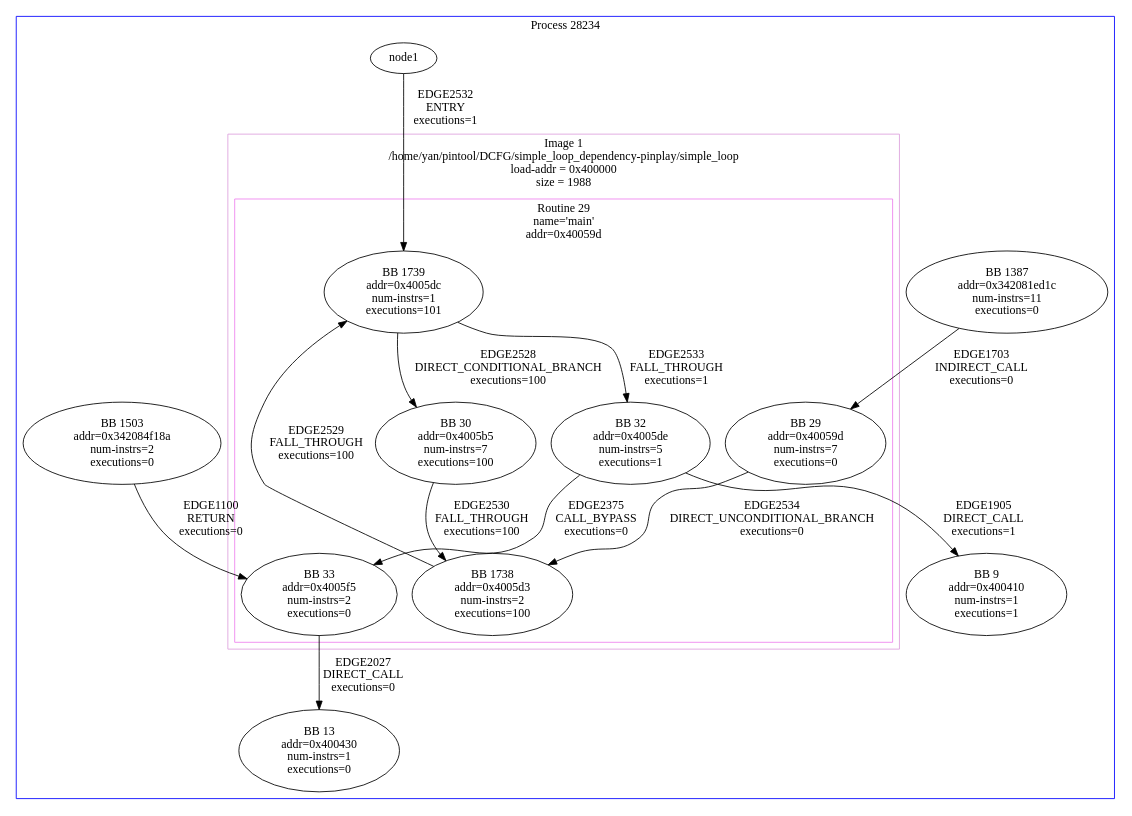
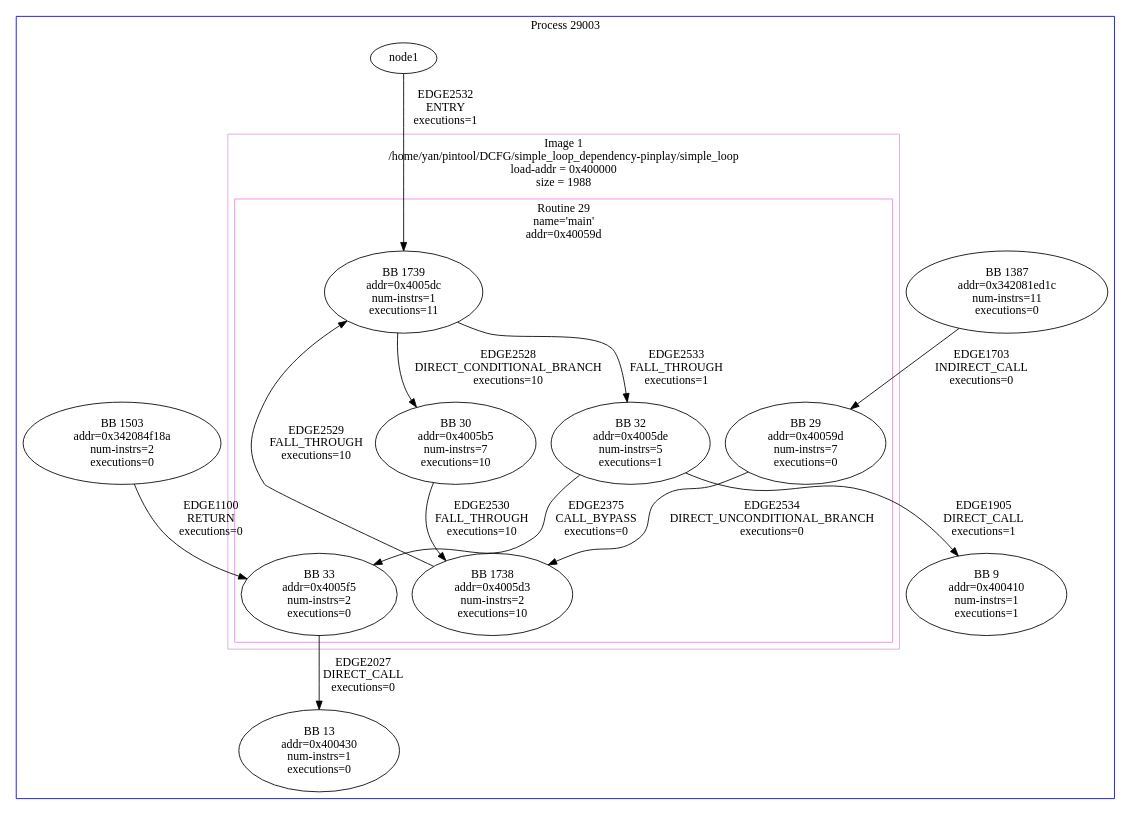
One commit to passlab/DCFG changed the diagram in simple_loop_dependency-pinplay/region.dcfg.dot. Above: the diagram before and after it, drawn with Graphviz. The commit also changed 42 other files, not shown here.

```diff
--- a/simple_loop_dependency-pinplay/region.dcfg.dot
+++ b/simple_loop_dependency-pinplay/region.dcfg.dot
@@ -1,48 +1,48 @@
 # This file is in the DOT graph-visualization language.
 # See http://www.graphviz.org for a list of programs to render the graph.
 digraph dcfg {
- subgraph cluster_pid28234 {
+ subgraph cluster_pid29003 {
   color=blue;
-  label="Process 28234";
+  label="Process 29003";
   subgraph cluster_image1 {
    color=plum;
    label="Image 1\n/home/yan/pintool/DCFG/simple_loop_dependency-pinplay/simple_loop\nload-addr = 0x400000\nsize = 1988";
   subgraph cluster_routine29 {
    color=violet;
    label="Routine 29\nname='main'\naddr=0x40059d";
    node33 [label="BB 33\naddr=0x4005f5\nnum-instrs=2\nexecutions=0"];
-   node1738 [label="BB 1738\naddr=0x4005d3\nnum-instrs=2\nexecutions=100"];
-   node1739 [label="BB 1739\naddr=0x4005dc\nnum-instrs=1\nexecutions=101"];
+   node1738 [label="BB 1738\naddr=0x4005d3\nnum-instrs=2\nexecutions=10"];
+   node1739 [label="BB 1739\naddr=0x4005dc\nnum-instrs=1\nexecutions=11"];
    node29 [label="BB 29\naddr=0x40059d\nnum-instrs=7\nexecutions=0"];
-   node30 [label="BB 30\naddr=0x4005b5\nnum-instrs=7\nexecutions=100"];
+   node30 [label="BB 30\naddr=0x4005b5\nnum-instrs=7\nexecutions=10"];
    node32 [label="BB 32\naddr=0x4005de\nnum-instrs=5\nexecutions=1"];
   }
   } /* image1 */
   subgraph cluster_image2 {
    color=plum;
    label="Image 2\n/lib64/ld-linux-x86-64.so.2\nload-addr = 0x3420000000\nsize = 129552";
   } /* image2 */
   subgraph cluster_image3 {
    color=plum;
    label="Image 3\n/lib64/libc.so.6\nload-addr = 0x3420800000\nsize = 3750152";
   } /* image3 */
 
 # Edges
 node1387 -> node29 [label="EDGE1703\nINDIRECT_CALL\nexecutions=0"];
    node1387 [label="BB 1387\naddr=0x342081ed1c\nnum-instrs=11\nexecutions=0"];
 node1 -> node1739 [label="EDGE2532\nENTRY\nexecutions=1"];
    node1;
 node1503 -> node33 [label="EDGE1100\nRETURN\nexecutions=0"];
    node1503 [label="BB 1503\naddr=0x342084f18a\nnum-instrs=2\nexecutions=0"];
-node1738 -> node1739 [label="EDGE2529\nFALL_THROUGH\nexecutions=100"];
+node1738 -> node1739 [label="EDGE2529\nFALL_THROUGH\nexecutions=10"];
 node32 -> node9 [label="EDGE1905\nDIRECT_CALL\nexecutions=1"];
    node9 [label="BB 9\naddr=0x400410\nnum-instrs=1\nexecutions=1"];
 node32 -> node33 [label="EDGE2375\nCALL_BYPASS\nexecutions=0"];
 node29 -> node1738 [label="EDGE2534\nDIRECT_UNCONDITIONAL_BRANCH\nexecutions=0"];
 node33 -> node13 [label="EDGE2027\nDIRECT_CALL\nexecutions=0"];
    node13 [label="BB 13\naddr=0x400430\nnum-instrs=1\nexecutions=0"];
-node1739 -> node30 [label="EDGE2528\nDIRECT_CONDITIONAL_BRANCH\nexecutions=100"];
-node30 -> node1738 [label="EDGE2530\nFALL_THROUGH\nexecutions=100"];
+node1739 -> node30 [label="EDGE2528\nDIRECT_CONDITIONAL_BRANCH\nexecutions=10"];
+node30 -> node1738 [label="EDGE2530\nFALL_THROUGH\nexecutions=10"];
 node1739 -> node32 [label="EDGE2533\nFALL_THROUGH\nexecutions=1"];
- } /* pid28234 */
+ } /* pid29003 */
 }
```
